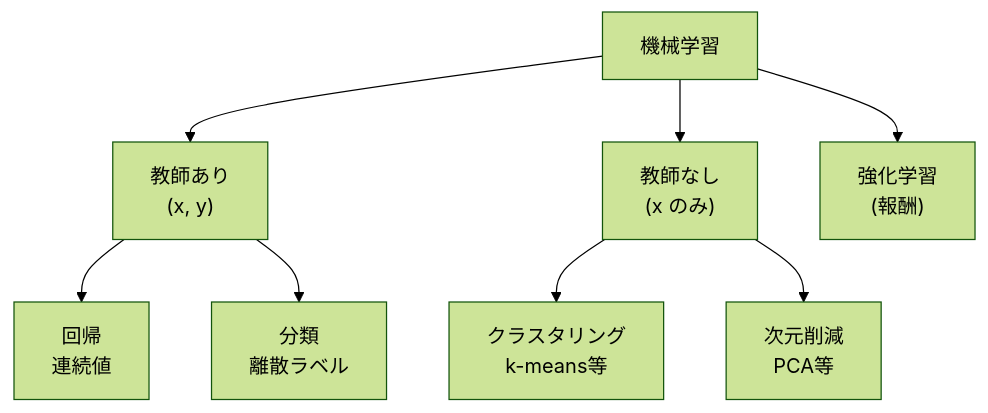
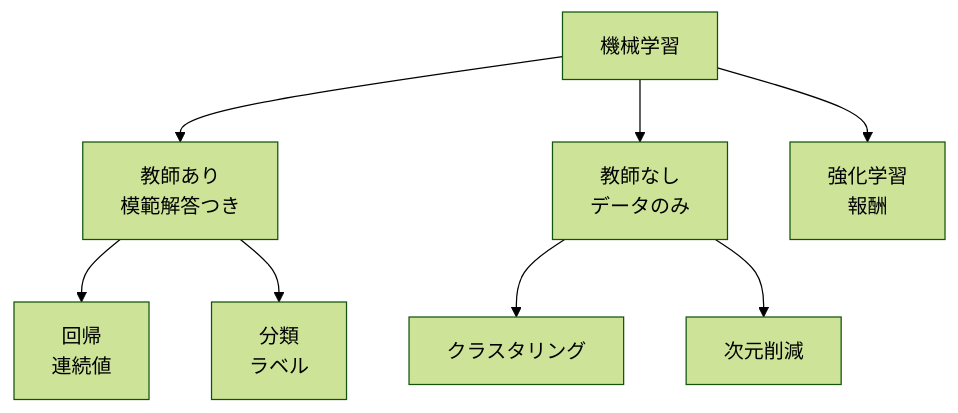
One commit to PlumaHatchery/llm-study changed the diagram in content/notes/ml-methods.md. Above: the diagram before and after it, drawn with Mermaid (forest theme). The commit also changed other lines of this file and 12 other files, not shown here.

````diff
--- a/content/notes/ml-methods.md
+++ b/content/notes/ml-methods.md
@@ -15,10 +15,10 @@
 ```mermaid
 flowchart TD
-  ML["機械学習"] --> S["教師あり<br/>(x, y)"]
-  ML --> U["教師なし<br/>(x のみ)"]
-  ML --> R["強化学習<br/>(報酬)"]
+  ML["機械学習"] --> S["教師あり<br/>模範解答つき"]
+  ML --> U["教師なし<br/>データのみ"]
+  ML --> R["強化学習<br/>報酬"]
   S --> Reg["回帰<br/>連続値"]
-  S --> Cls["分類<br/>離散ラベル"]
-  U --> Clu["クラスタリング<br/>k-means等"]
-  U --> Dim["次元削減<br/>PCA等"]
+  S --> Cls["分類<br/>ラベル"]
+  U --> Clu["クラスタリング"]
+  U --> Dim["次元削減"]
 ```
````
